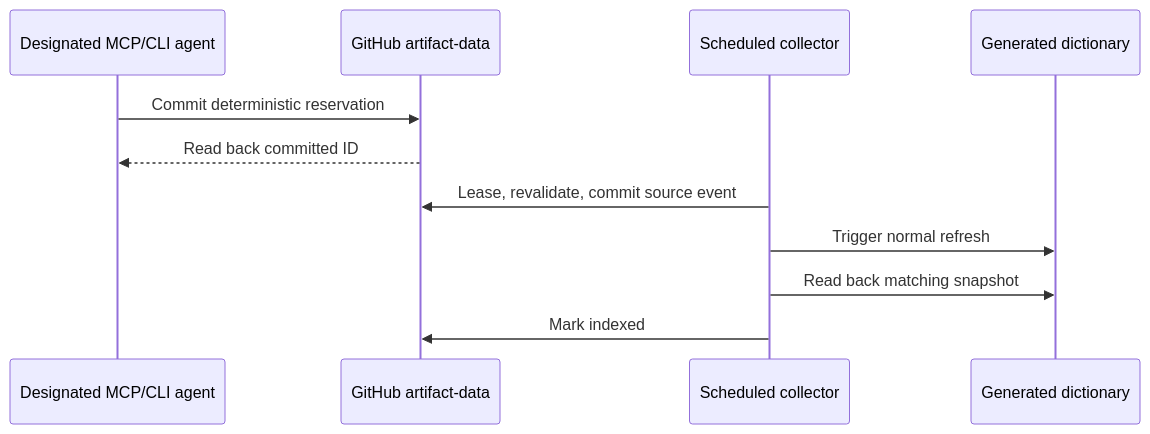
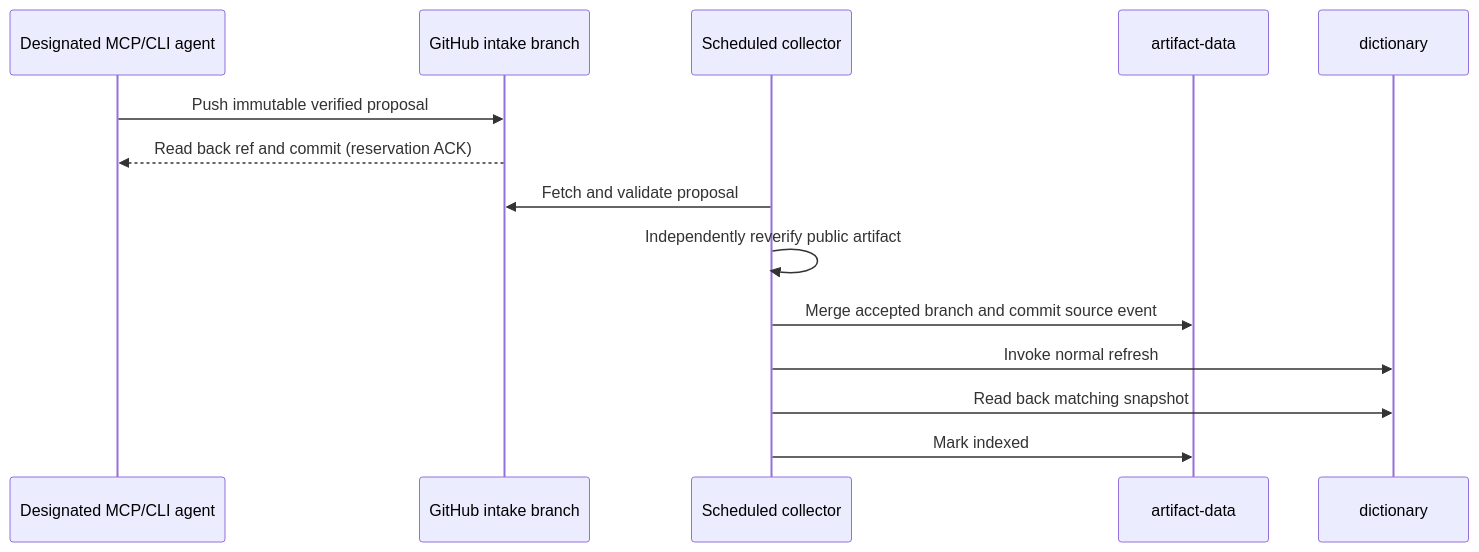
Before and after one commit to asopitech-labs/global-executables: the diagram in docs/ISSUE_84_LIFECYCLE_DESIGN.md, drawn with Mermaid. The commit also changed other lines of this file, not shown here.

Commit message:
Model on-demand reservations as Git intake branches

````diff
--- a/docs/ISSUE_84_LIFECYCLE_DESIGN.md
+++ b/docs/ISSUE_84_LIFECYCLE_DESIGN.md
@@ -41,13 +25,16 @@
 ```mermaid
 sequenceDiagram
     participant A as Designated MCP/CLI agent
-    participant G as GitHub artifact-data
+    participant R as GitHub intake branch
     participant C as Scheduled collector
-    participant D as Generated dictionary
-    A->>G: Commit deterministic reservation
-    G-->>A: Read back committed ID
-    C->>G: Lease, revalidate, commit source event
-    C->>D: Trigger normal refresh
+    participant S as artifact-data
+    participant D as dictionary
+    A->>R: Push immutable verified proposal
+    R-->>A: Read back ref and commit (reservation ACK)
+    C->>R: Fetch and validate proposal
+    C->>C: Independently reverify public artifact
+    C->>S: Merge accepted branch and commit source event
+    C->>D: Invoke normal refresh
     C->>D: Read back matching snapshot
-    C->>G: Mark indexed
+    C->>S: Mark indexed
 ```
````
